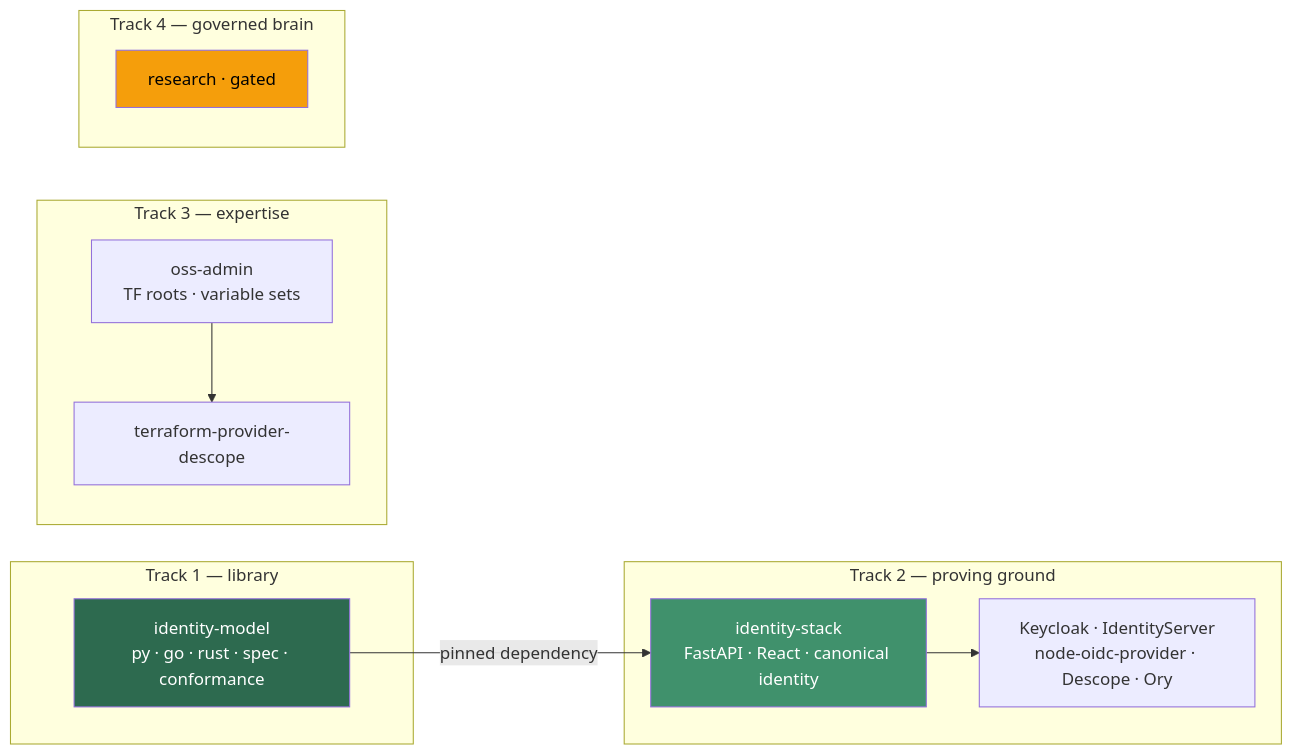
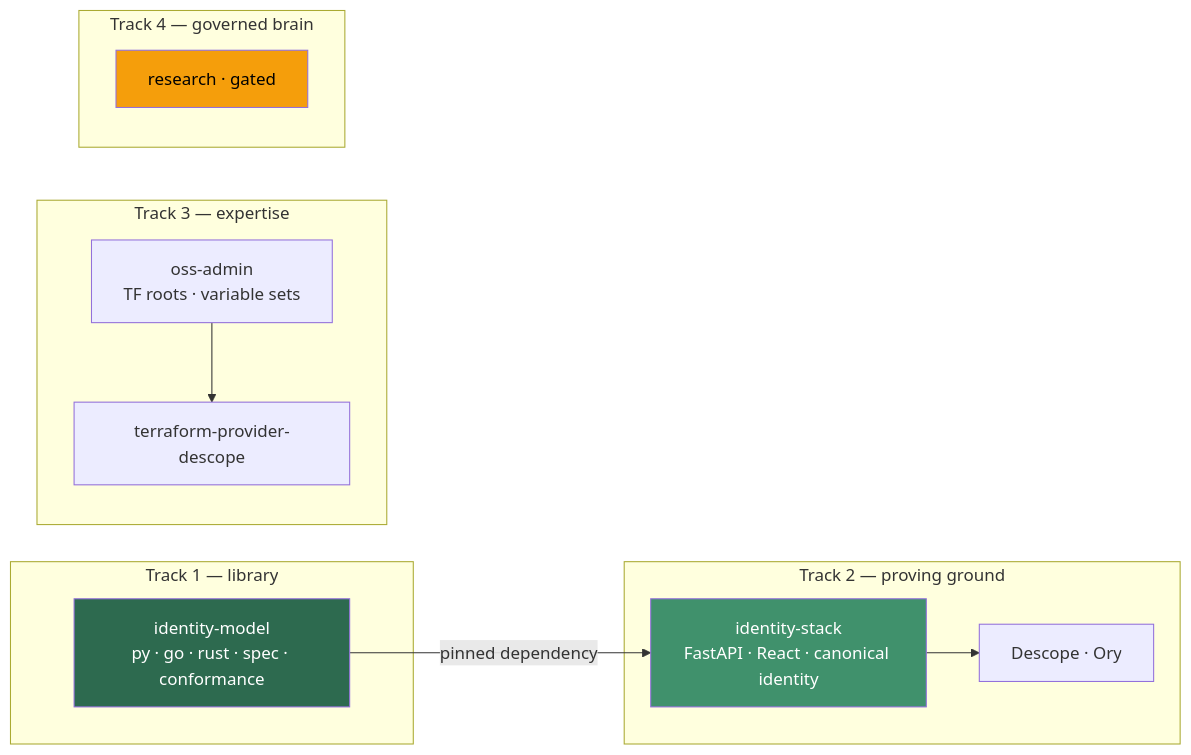
The diagram in README.md (jamescrowley321/identity-stack-planning), drawn with Mermaid before and after one commit. The commit also changed other lines of this file and 26 other files, not shown here.

````diff
--- a/README.md
+++ b/README.md
@@ -32,24 +32,24 @@
 ```mermaid
 graph LR
     subgraph t1["Track 1 — library"]
         IM["identity-model<br/>py · go · rust · spec · conformance"]
     end
     subgraph t2["Track 2 — proving ground"]
         IS["identity-stack<br/>FastAPI · React · canonical identity"]
-        PROV["Keycloak · IdentityServer<br/>node-oidc-provider · Descope · Ory"]
+        PROV["Descope · Ory"]
     end
     subgraph t3["Track 3 — expertise"]
         TFP["terraform-provider-descope"]
         OSS["oss-admin<br/>TF roots · variable sets"]
     end
     subgraph t4["Track 4 — governed brain"]
         GB["research · gated"]
     end
     IM -->|"pinned dependency"| IS
     IS --> PROV
     OSS --> TFP
 
     style IM fill:#2d6a4f,color:#fff
     style IS fill:#40916c,color:#fff
     style GB fill:#f59e0b,color:#000
 ```
````
